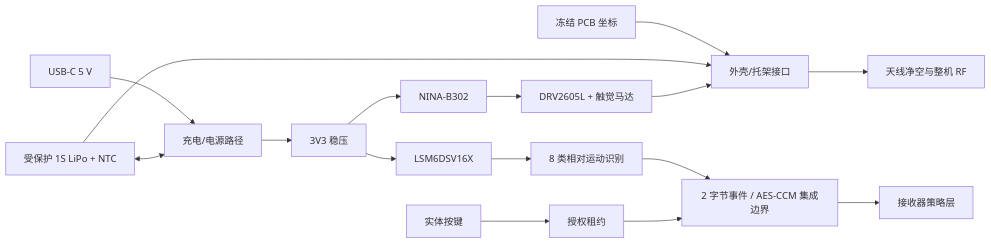
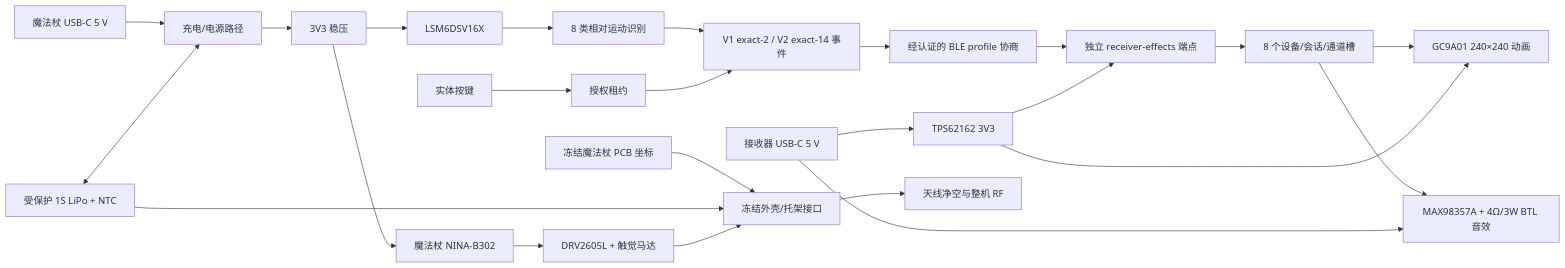
Before and after one commit to JMET04/aicad-agent: the diagram in projects/magic-wand/integration/SYSTEM_ENGINEERING_HANDOFF.md, drawn with Mermaid. The commit also changed other lines of this file and 507 other files, not shown here.

First line of the commit message:
feat(magic-wand): finish receiver-effects board, effects and JLC package

````diff
--- a/projects/magic-wand/integration/SYSTEM_ENGINEERING_HANDOFF.md
+++ b/projects/magic-wand/integration/SYSTEM_ENGINEERING_HANDOFF.md
@@ -24,18 +32,26 @@
 ```mermaid
 flowchart LR
-  USB[USB-C 5 V] --> CHG[充电/电源路径]
+  USB[魔法杖 USB-C 5 V] --> CHG[充电/电源路径]
   BAT[受保护 1S LiPo + NTC] <--> CHG
   CHG --> REG[3V3 稳压]
-  REG --> MCU[NINA-B302]
+  REG --> MCU[魔法杖 NINA-B302]
   REG --> IMU[LSM6DSV16X]
   MCU --> HAP[DRV2605L + 触觉马达]
   IMU --> GEST[8 类相对运动识别]
   ARM[实体按键] --> GATE[授权租约]
-  GEST --> EVT[2 字节事件 / AES-CCM 集成边界]
+  GEST --> EVT[V1 exact-2 / V2 exact-14 事件]
   GATE --> EVT
-  EVT --> RX[接收器策略层]
-  PCB[冻结 PCB 坐标] --> CASE[外壳/托架接口]
+  EVT --> BLE[经认证的 BLE profile 协商]
+  BLE --> RX[独立 receiver-effects 端点]
+  RX --> SLOTS[8 个设备/会话/通道槽]
+  SLOTS --> LCD[GC9A01 240×240 动画]
+  SLOTS --> I2S[MAX98357A + 4Ω/3W BTL 音效]
+  USB2[接收器 USB-C 5 V] --> RXREG[TPS62162 3V3]
+  USB2 --> I2S
+  RXREG --> RX
+  RXREG --> LCD
+  PCB[冻结魔法杖 PCB 坐标] --> CASE[冻结外壳/托架接口]
   BAT --> CASE
   HAP --> CASE
   CASE --> RF[天线净空与整机 RF]
 ```
````
